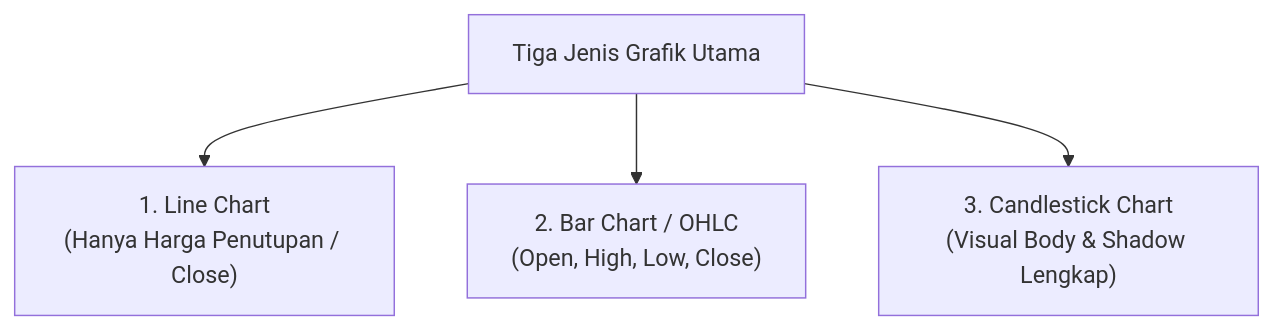
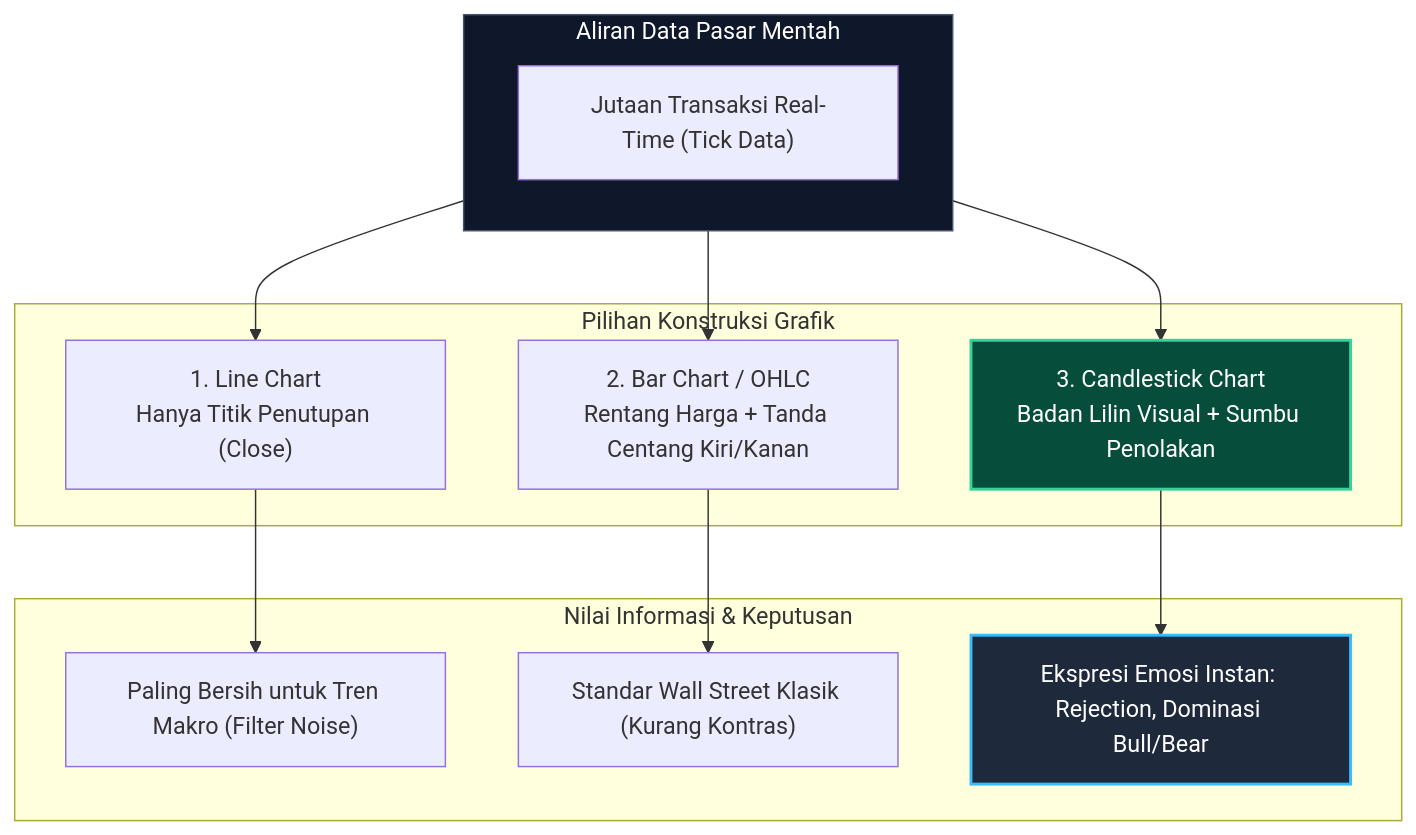
Before and after one commit to AlulCode45/Trading-Learning-Path: the first of 2 diagrams in docs/edianto-ong/03-charts-konstruksi.md, drawn with Mermaid. The commit also changed other lines of this file and 29 other files, not shown here.

Commit message:
docs(edianto-ong): upgrade all 29 chapters with beginner analogies, diagrams, step-by-step guides, and case studies

````diff
--- a/docs/edianto-ong/03-charts-konstruksi.md
+++ b/docs/edianto-ong/03-charts-konstruksi.md
@@ -12,7 +18,30 @@
 ```mermaid
-graph TD
-    Charts["Tiga Jenis Grafik Utama"]
-    Charts --> Line["1. Line Chart<br/>(Hanya Harga Penutupan / Close)"]
-    Charts --> Bar["2. Bar Chart / OHLC<br/>(Open, High, Low, Close)"]
-    Charts --> Candle["3. Candlestick Chart<br/>(Visual Body & Shadow Lengkap)"]
+flowchart TD
+    subgraph RawData["Aliran Data Pasar Mentah"]
+        Ticks["Jutaan Transaksi Real-Time (Tick Data)"]
+    end
+
+    subgraph ChartTypes["Pilihan Konstruksi Grafik"]
+        Line["1. Line Chart<br/>Hanya Titik Penutupan (Close)"]
+        Bar["2. Bar Chart / OHLC<br/>Rentang Harga + Tanda Centang Kiri/Kanan"]
+        Candle["3. Candlestick Chart<br/>Badan Lilin Visual + Sumbu Penolakan"]
+    end
+
+    subgraph AnalyticalValue["Nilai Informasi & Keputusan"]
+        Clean["Paling Bersih untuk Tren Makro (Filter Noise)"]
+        Trad["Standar Wall Street Klasik (Kurang Kontras)"]
+        Emotional["Ekspresi Emosi Instan: Rejection, Dominasi Bull/Bear"]
+    end
+
+    RawData --> Line
+    RawData --> Bar
+    RawData --> Candle
+
+    Line --> Clean
+    Bar --> Trad
+    Candle --> Emotional
+
+    style RawData fill:#0f172a,stroke:#475569,color:#ffffff
+    style Candle fill:#064e3b,stroke:#34d399,stroke-width:2px,color:#ffffff
+    style Emotional fill:#1e293b,stroke:#38bdf8,stroke-width:2px,color:#ffffff
 ```
````
